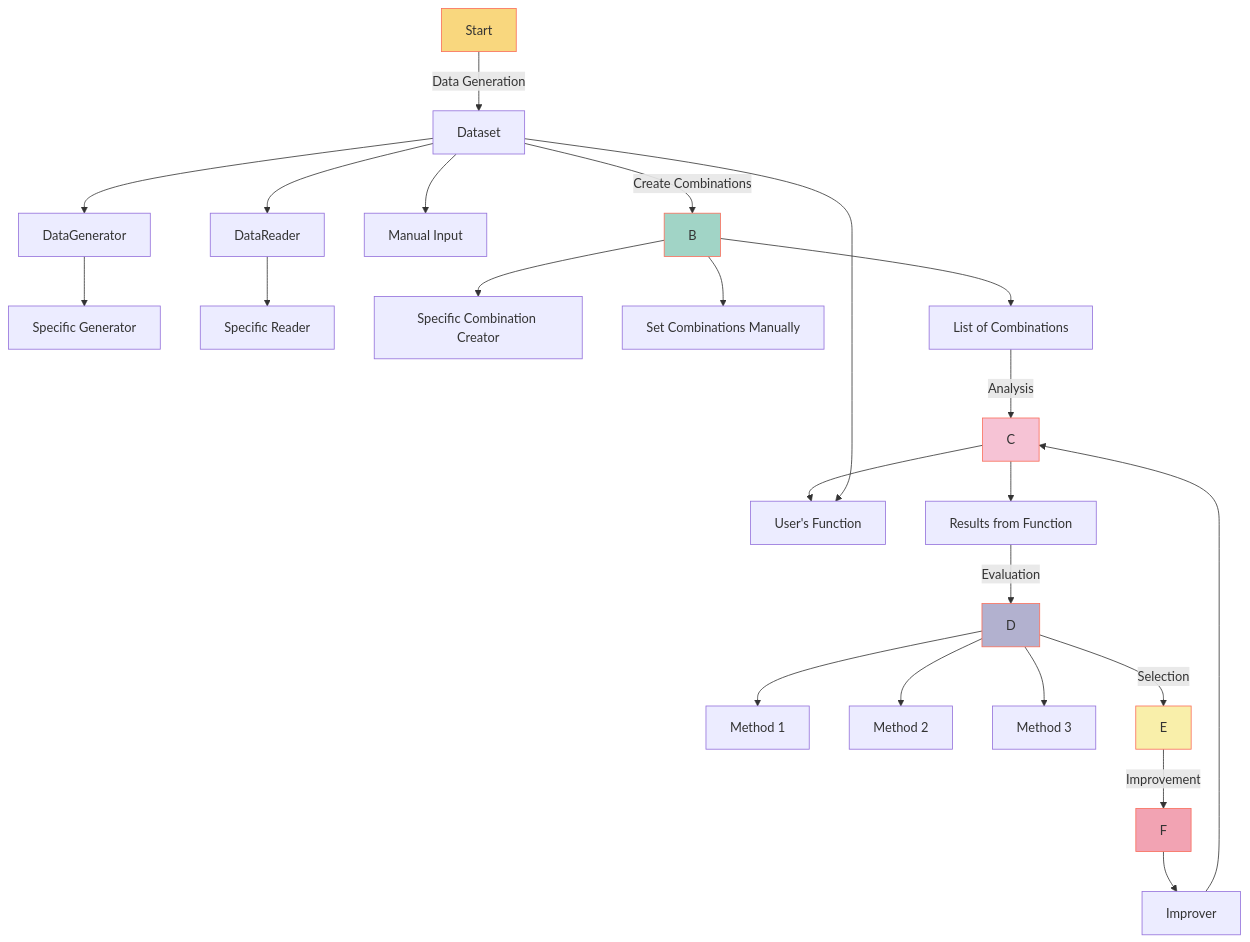
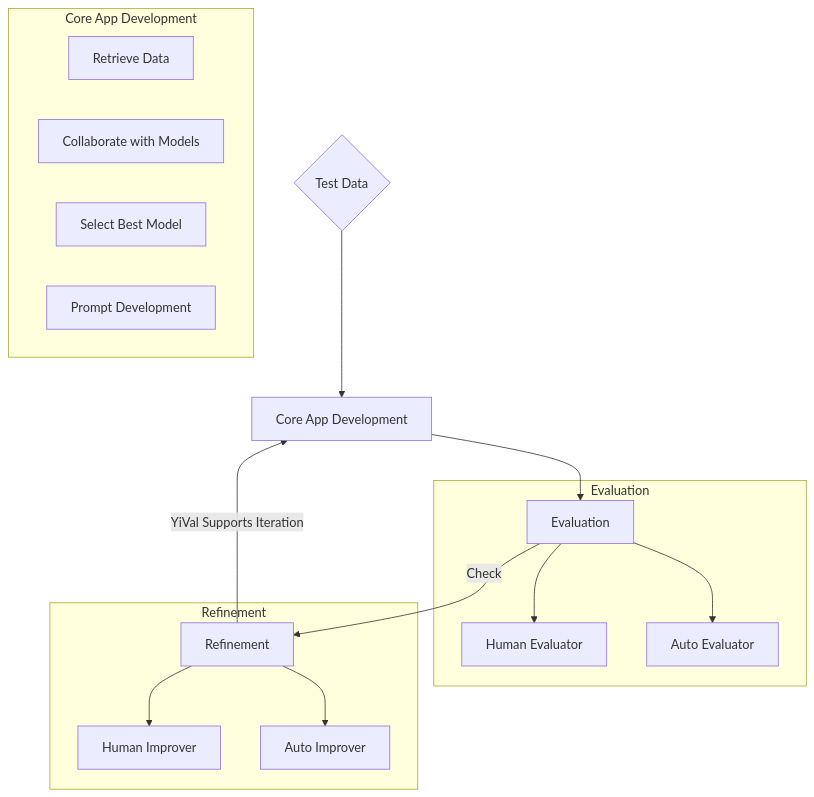
Before and after one commit to YiVal/YiVal: the diagram in README.md, drawn with Mermaid. The commit also changed other lines of this file and 1 other file, not shown here.

````diff
--- a/README.md
+++ b/README.md
@@ -100,46 +66,35 @@
 ```mermaid
 flowchart TD
 
-    %% Data Generation Stage
-    A[Start]
-    A --> |Data Generation| A1[Dataset]
-    A1 --> A2[DataGenerator]
-    A2 --> A3[Specific Generator]
-    A1 --> A4[DataReader]
-    A4 --> A5[Specific Reader]
-    A1 --> A6[Manual Input]
+A{Test Data}
+B[Core App Development]
+C[Evaluation]
+D[Refinement]
 
-    %% Create Combinations Stage
-    A1 --> |Create Combinations| B
-    B --> B1[Specific Combination Creator]
-    B --> B2[Set Combinations Manually]
-    B --> B3[List of Combinations]
+A --> B
+B --> C
+C -->|Check| D
+D -->|YiVal Supports Iteration| B
 
-    %% Evaluate Stage
-    B3 --> |Analysis| C
-    C --> C1[User's Function]
-    C --> C2[Results from Function]
-    A1 --> C1
+subgraph "Core App Development"
+    B1[Retrieve Data]
+    B2[Collaborate with Models]
+    B3[Select Best Model]
+    B4[Prompt Development]
+end
 
-    %% Evaluator Stage
-    C2 --> |Evaluation| D
-    D --> D1[Method 1]
-    D --> D2[Method 2]
-    D --> D3[Method 3]
+subgraph Evaluation
+    C1[Human Evaluator]
+    C2[Auto Evaluator]
+    C --> C1
+    C --> C2
+end
 
-    %% Select Stage
-    D --> |Selection| E
+subgraph Refinement
+    D1[Human Improver]
+    D2[Auto Improver]
+    D --> D1
+    D --> D2
+end
 
-    %% Improver Stage
-    E --> |Improvement| F
-    F --> F1[Improver]
-    F1 --> C
-
-    %% Styling
-    style A fill:#f9d77e,stroke:#f96e5b
-    style B fill:#a1d4c6,stroke:#f96e5b
-    style C fill:#f6c3d5,stroke:#f96e5b
-    style D fill:#b2b1cf,stroke:#f96e5b
-    style E fill:#f9efaa,stroke:#f96e5b
-    style F fill:#f2a3b3,stroke:#f96e5b
 ```
````
